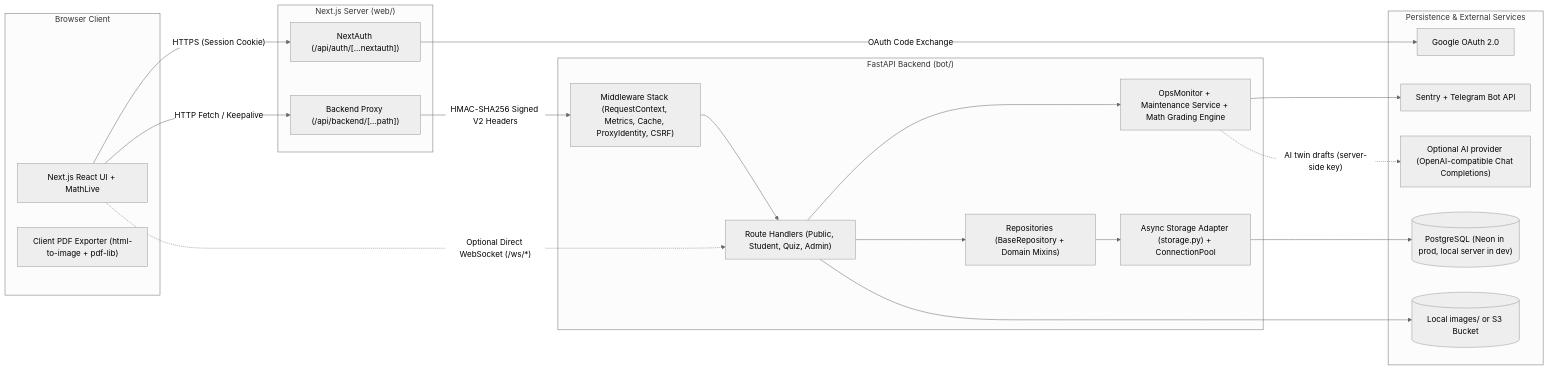
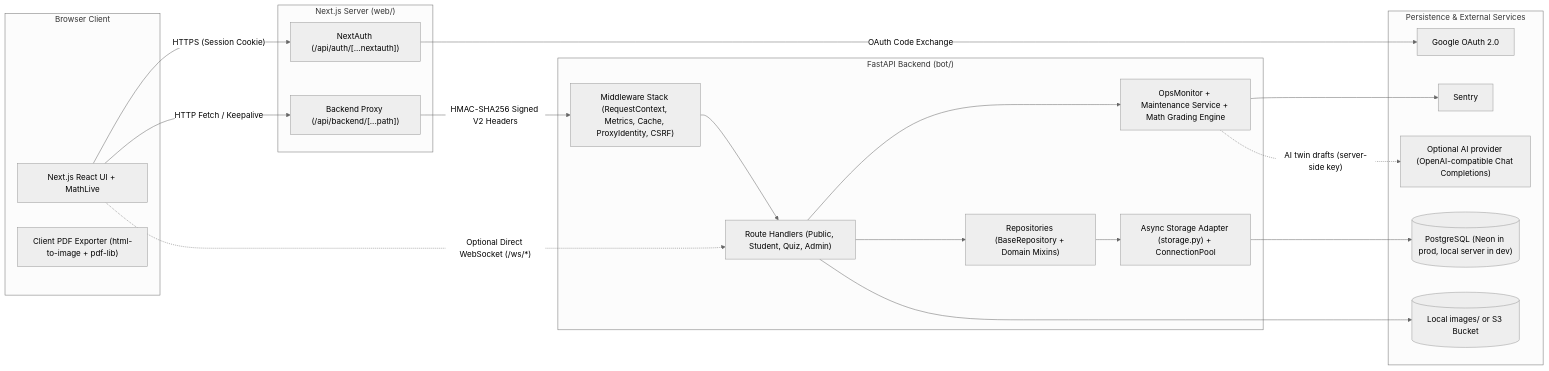
Before and after one commit to ernurreen-rgb/mathbott: the diagram in docs/architecture/system-overview.md, drawn with Mermaid (neutral theme). The commit also changed other lines of this file and 41 other files, not shown here.

````diff
--- a/docs/architecture/system-overview.md
+++ b/docs/architecture/system-overview.md
@@ -11,42 +11,42 @@
 ```mermaid
 flowchart LR
     subgraph Client["Browser Client"]
         UI["Next.js React UI + MathLive"]
         PDF["Client PDF Exporter (html-to-image + pdf-lib)"]
     end
 
     subgraph Edge["Next.js Server (web/)"]
         NextAuth["NextAuth (/api/auth/[...nextauth])"]
         Proxy["Backend Proxy (/api/backend/[...path])"]
     end
 
     subgraph API["FastAPI Backend (bot/)"]
         MW["Middleware Stack (RequestContext, Metrics, Cache, ProxyIdentity, CSRF)"]
         Routes["Route Handlers (Public, Student, Quiz, Admin)"]
         Services["OpsMonitor + Maintenance Service + Math Grading Engine"]
         Repos["Repositories (BaseRepository + Domain Mixins)"]
         Storage["Async Storage Adapter (storage.py) + ConnectionPool"]
     end
 
     subgraph Infra["Persistence & External Services"]
         DB[("PostgreSQL (Neon in prod, local server in dev)")]
         Img[("Local images/ or S3 Bucket")]
         OAuth["Google OAuth 2.0"]
-        Sentry["Sentry + Telegram Bot API"]
+        Sentry["Sentry"]
         AI["Optional AI provider (OpenAI-compatible Chat Completions)"]
     end
 
     UI -->|"HTTPS (Session Cookie)"| NextAuth
     NextAuth -->|"OAuth Code Exchange"| OAuth
     UI -->|"HTTP Fetch / Keepalive"| Proxy
     Proxy -->|"HMAC-SHA256 Signed V2 Headers"| MW
     UI -.->|"Optional Direct WebSocket (/ws/*)"| Routes
     MW --> Routes
     Routes --> Services
     Routes --> Repos
     Repos --> Storage
     Storage --> DB
     Routes --> Img
     Services --> Sentry
     Services -.->|"AI twin drafts (server-side key)"| AI
 ```
````
